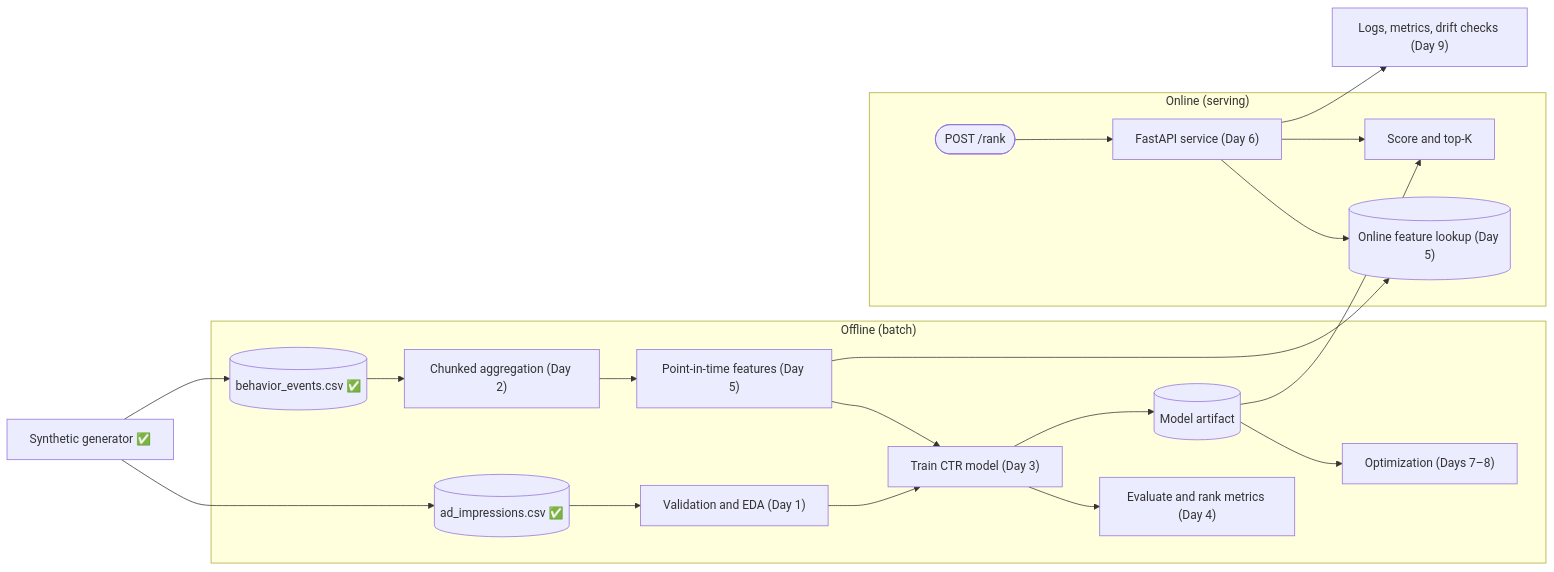
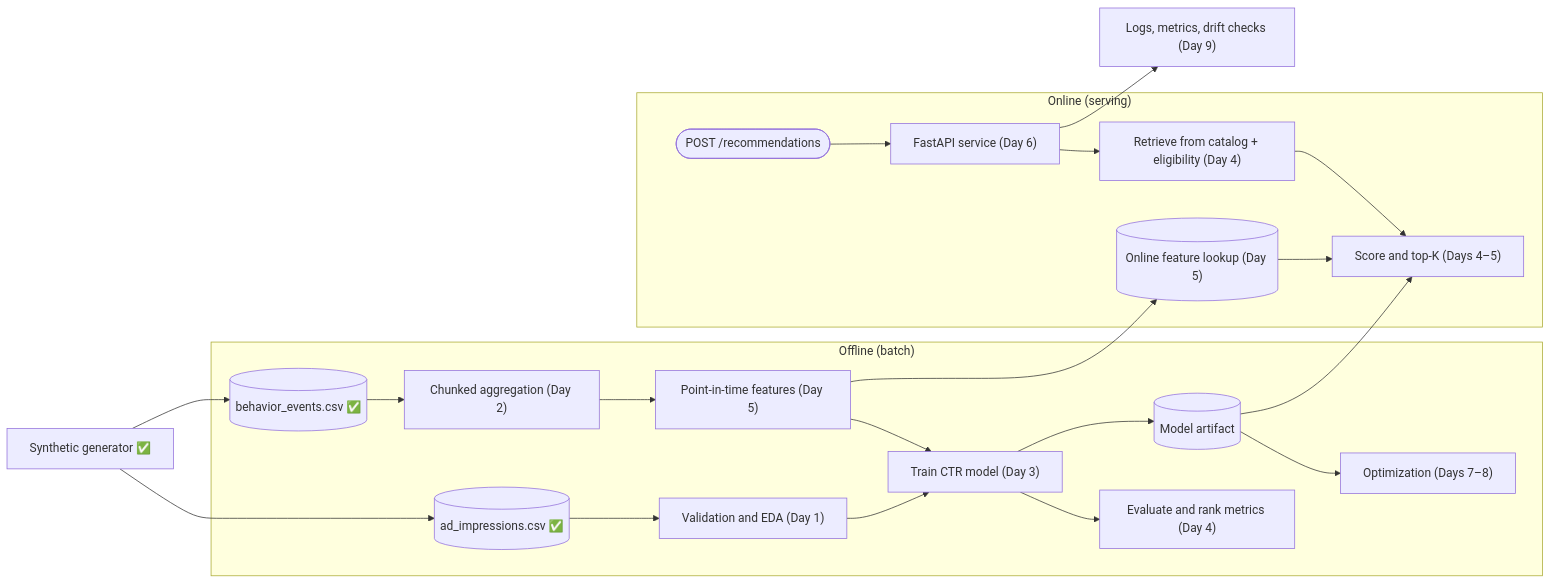
Before and after one commit to karanveersingh5623/adtech-mlops: the diagram in README.md, drawn with Mermaid. The commit also changed other lines of this file, not shown here.

````diff
--- a/README.md
+++ b/README.md
@@ -95,26 +105,27 @@
 ```mermaid
 flowchart LR
     GEN["Synthetic generator ✅"] --> IMP[("ad_impressions.csv ✅")]
     GEN --> EVT[("behavior_events.csv ✅")]
 
     subgraph Offline["Offline (batch)"]
         IMP --> VAL["Validation and EDA (Day 1)"]
         EVT --> STREAM["Chunked aggregation (Day 2)"]
         STREAM --> FEAT["Point-in-time features (Day 5)"]
         VAL --> TRAIN["Train CTR model (Day 3)"]
         FEAT --> TRAIN
         TRAIN --> EVAL["Evaluate and rank metrics (Day 4)"]
         TRAIN --> ART[("Model artifact")]
         ART --> OPT["Optimization (Days 7–8)"]
     end
 
     subgraph Online["Online (serving)"]
-        REQ(["POST /rank"]) --> API["FastAPI service (Day 6)"]
-        API --> FS[("Online feature lookup (Day 5)")]
-        API --> SCORE["Score and top-K"]
+        REQ(["POST /recommendations"]) --> API["FastAPI service (Day 6)"]
+        API --> RET["Retrieve from catalog + eligibility (Day 4)"]
+        RET --> SCORE["Score and top-K (Days 4–5)"]
+        FS[("Online feature lookup (Day 5)")] --> SCORE
         ART --> SCORE
     end
 
     FEAT --> FS
     API --> MON["Logs, metrics, drift checks (Day 9)"]
 ```
````
